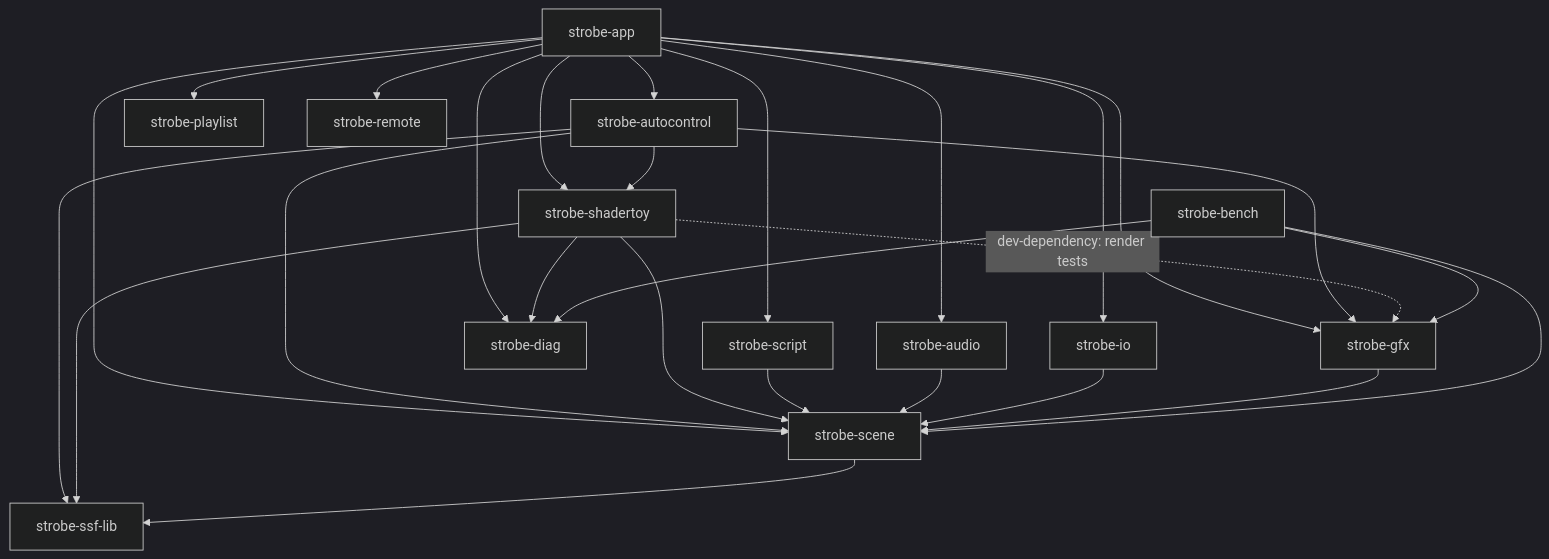
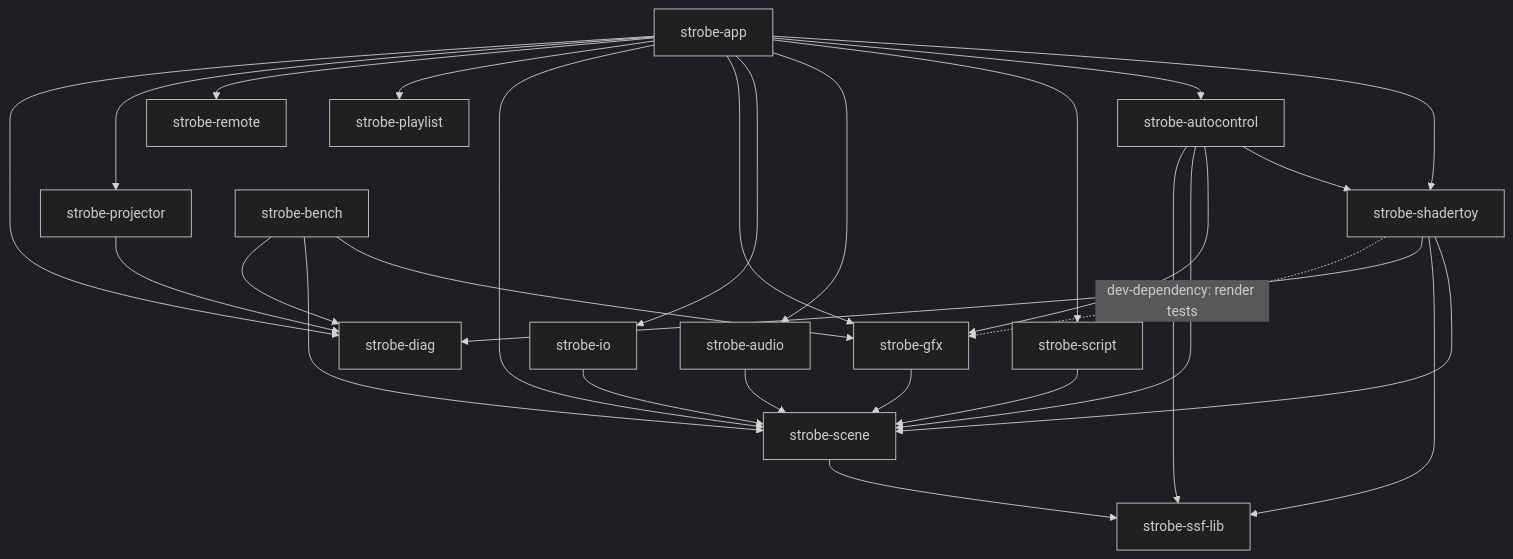
Before and after one commit to lnorton89/strobe: the diagram in docs/ARCHITECTURE.md, drawn with Mermaid (dark theme). The commit also changed other lines of this file and 10 other files, not shown here.

First line of the commit message:
feat: install.ps1 installs strobe-projector and retires the Python tool (D502)

````diff
--- a/docs/ARCHITECTURE.md
+++ b/docs/ARCHITECTURE.md
@@ -38,10 +39,11 @@
 ```mermaid
 flowchart TD
-    app[strobe-app] --> shadertoy[strobe-shadertoy] & autocontrol[strobe-autocontrol] & script[strobe-script] & audio[strobe-audio] & io[strobe-io] & gfx[strobe-gfx] & scene[strobe-scene] & playlist[strobe-playlist] & remote[strobe-remote] & diag[strobe-diag]
+    app[strobe-app] --> shadertoy[strobe-shadertoy] & autocontrol[strobe-autocontrol] & script[strobe-script] & audio[strobe-audio] & io[strobe-io] & gfx[strobe-gfx] & scene[strobe-scene] & playlist[strobe-playlist] & remote[strobe-remote] & projector[strobe-projector] & diag[strobe-diag]
+    projector --> diag
     autocontrol --> shadertoy & gfx & scene & ssf[strobe-ssf-lib]
     shadertoy --> scene & ssf & diag
     shadertoy -. "dev-dependency: render tests" .-> gfx
     script & audio & io & gfx --> scene
     scene --> ssf
     bench[strobe-bench] --> gfx & scene & diag
 ```
````
